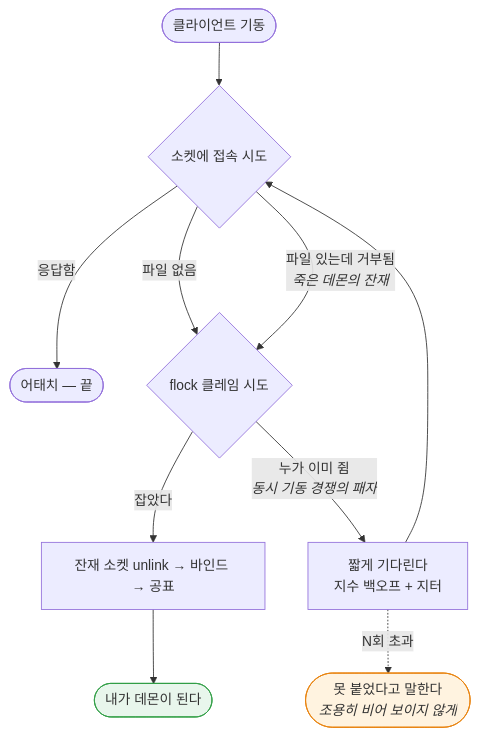
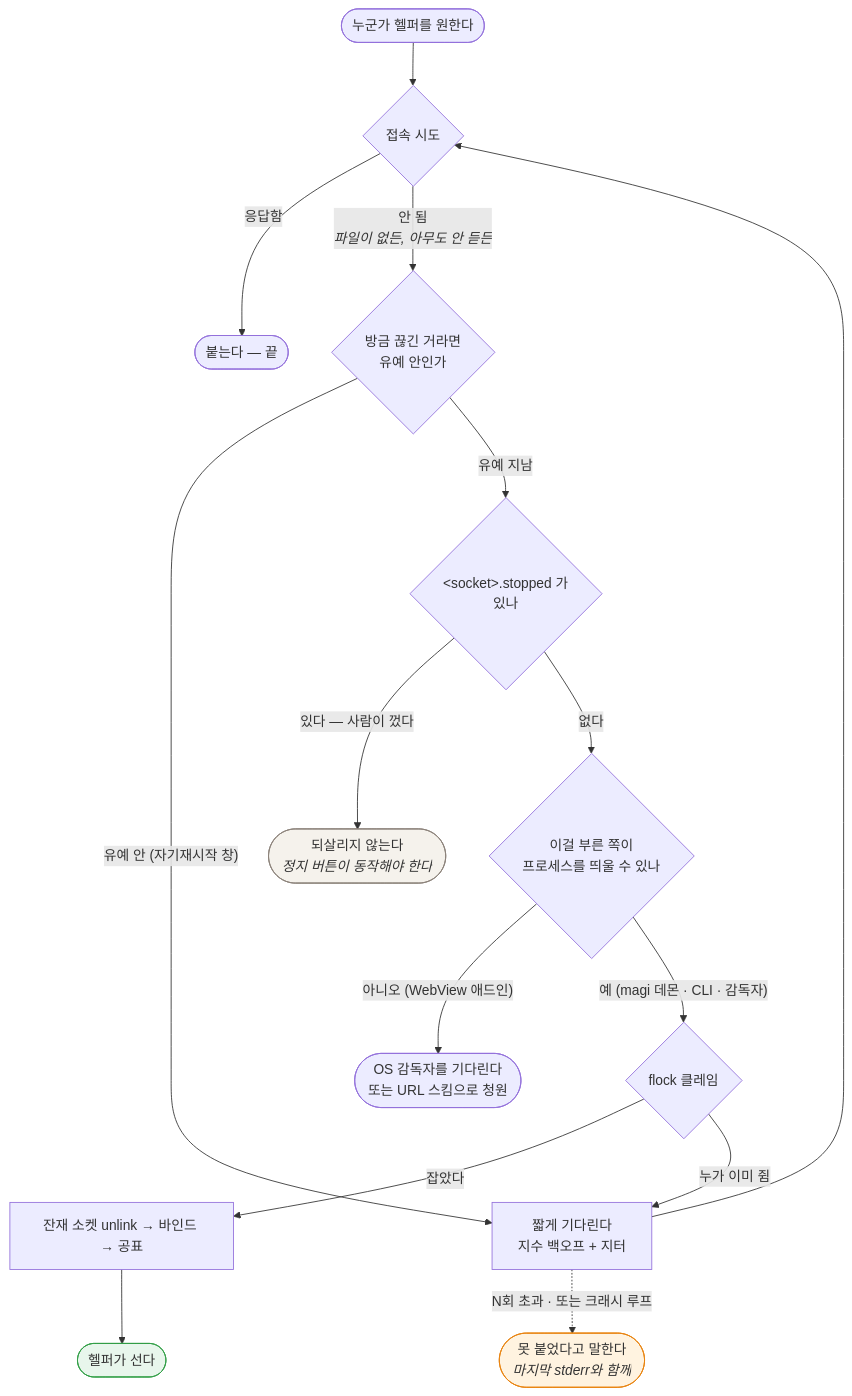
One commit to sayaya1090/magi changed the second of 2 diagrams in powerpoint-agent/DESIGN.md. Above: the diagram before and after it, drawn with Mermaid. The commit also changed other lines of this file and 13 other files, not shown here.

````diff
--- a/powerpoint-agent/DESIGN.md
+++ b/powerpoint-agent/DESIGN.md
@@ -325,13 +299,19 @@
 ```mermaid
 flowchart TD
-    S([클라이언트 기동]) --> C{소켓에 접속 시도}
-    C -->|응답함| OK([어태치 — 끝])
-    C -->|파일 없음| L
-    C -->|파일 있는데 거부됨<br/><i>죽은 데몬의 잔재</i>| L
-    L{flock 클레임 시도} -->|잡았다| U["잔재 소켓 unlink → 바인드 → 공표"] --> ME([내가 데몬이 된다])
-    L -->|누가 이미 쥠<br/><i>동시 기동 경쟁의 패자</i>| W["짧게 기다린다<br/>지수 백오프 + 지터"] --> C
-    W -.->|N회 초과| F([못 붙었다고 말한다<br/><i>조용히 비어 보이지 않게</i>])
+    S([누군가 헬퍼를 원한다]) --> C{접속 시도}
+    C -->|응답함| OK([붙는다 — 끝])
+    C -->|안 됨<br/><i>파일이 없든, 아무도 안 듣든</i>| G{"방금 끊긴 거라면<br/>유예 안인가"}
+    G -->|"유예 안 (자기재시작 창)"| W
+    G -->|유예 지남| ST{"&lt;socket&gt;.stopped 가<br/>있나"}
+    ST -->|있다 — 사람이 껐다| Q([되살리지 않는다<br/><i>정지 버튼이 동작해야 한다</i>])
+    ST -->|없다| SP{"이걸 부른 쪽이<br/>프로세스를 띄울 수 있나"}
+    SP -->|"아니오 (WebView 애드인)"| SUP([OS 감독자를 기다린다<br/>또는 URL 스킴으로 청원])
+    SP -->|"예 (magi 데몬 · CLI · 감독자)"| L{flock 클레임}
+    L -->|잡았다| U["잔재 소켓 unlink → 바인드 → 공표"] --> ME([헬퍼가 선다])
+    L -->|누가 이미 쥠| W["짧게 기다린다<br/>지수 백오프 + 지터"] --> C
+    W -.->|N회 초과 · 또는 크래시 루프| F([못 붙었다고 말한다<br/><i>마지막 stderr와 함께</i>])
 
     style ME fill:#e8f6ec,stroke:#2f9e44
     style F fill:#fff3e0,stroke:#e8820c
+    style Q fill:#f5f2ec,stroke:#8a8178
 ```
````
